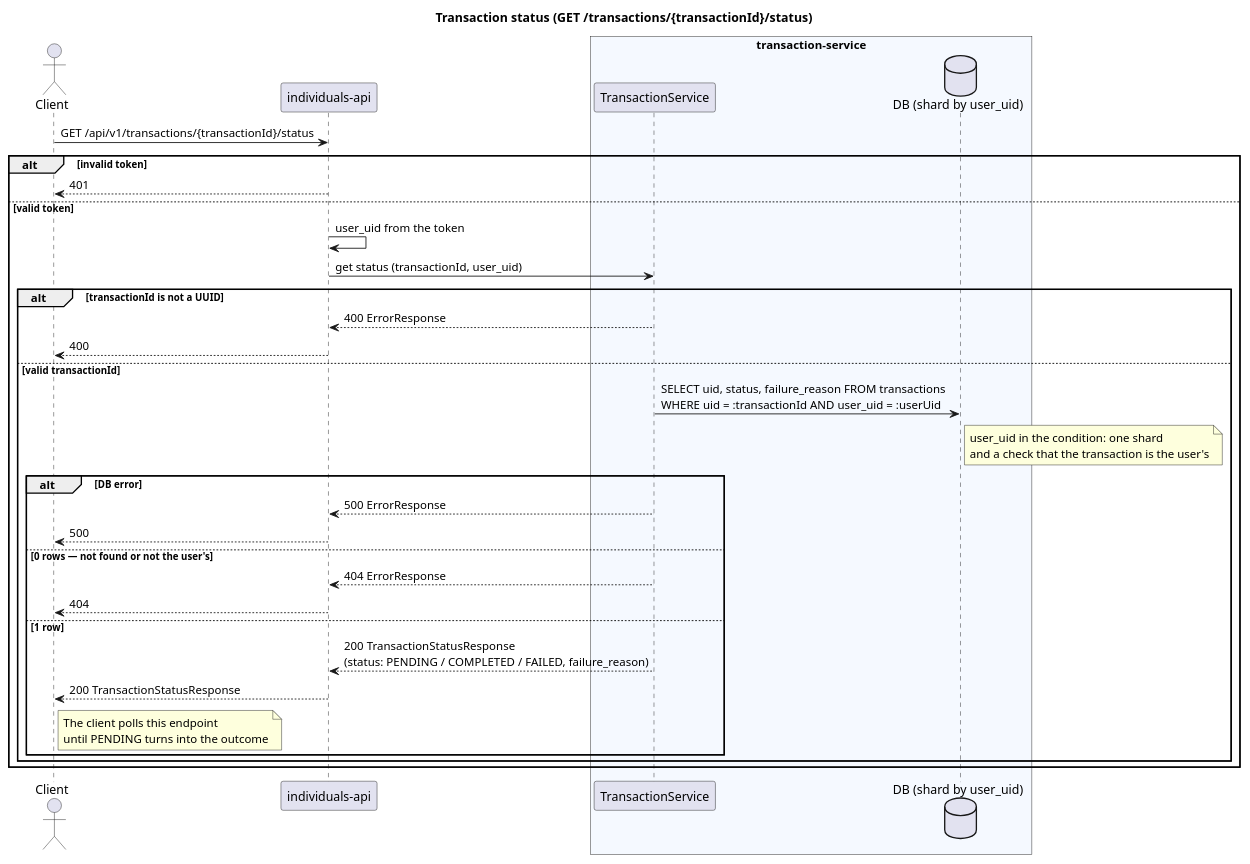
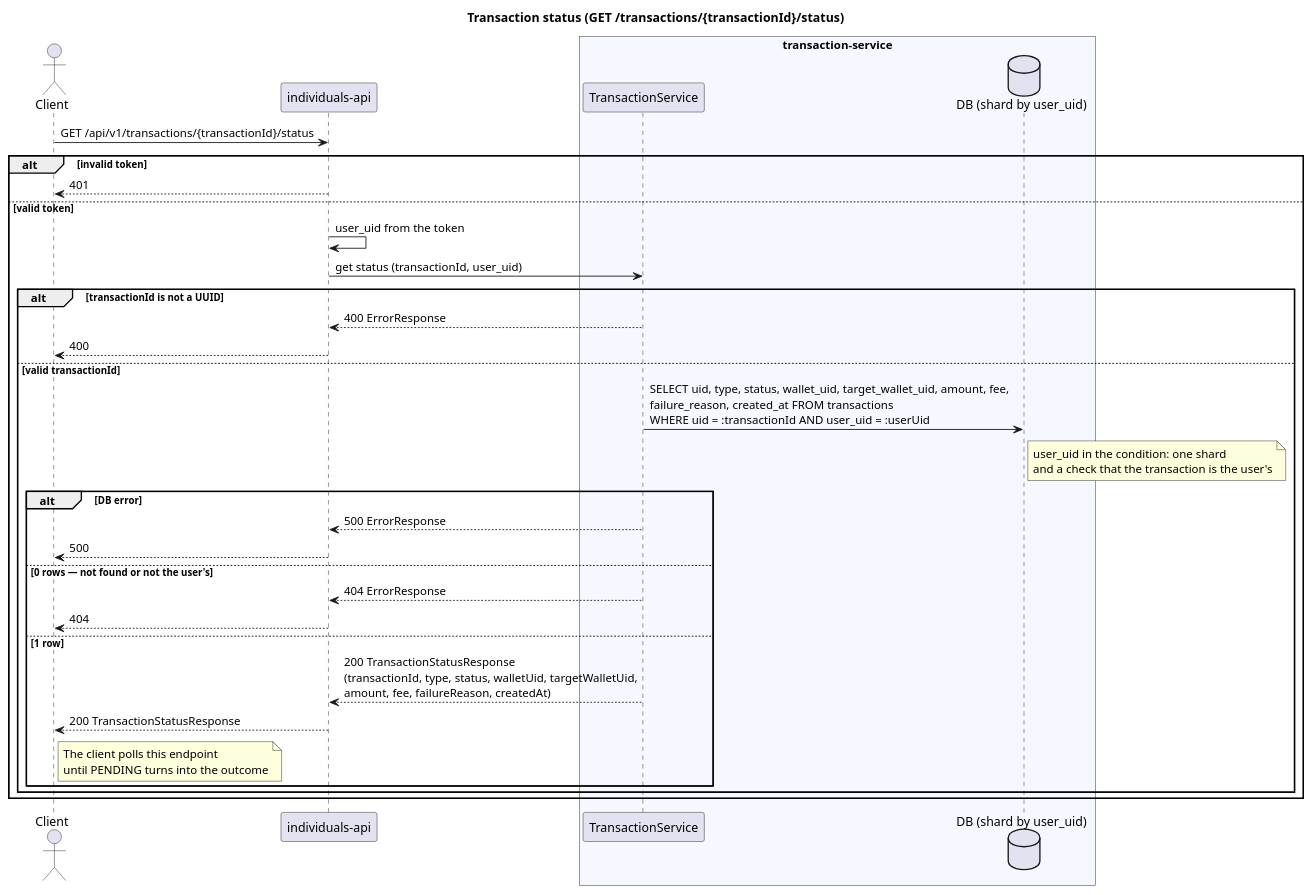
The diagram in transaction-service/diagrams-c4/uml/en/sequence-transaction-status.puml (dezxxx/payment-platform), drawn with PlantUML before and after one commit. The commit also changed 4 other files, not shown here.

```diff
--- a/transaction-service/diagrams-c4/uml/en/sequence-transaction-status.puml
+++ b/transaction-service/diagrams-c4/uml/en/sequence-transaction-status.puml
@@ -1,42 +1,42 @@
 @startuml sequence-transaction-status
 title Transaction status (GET /transactions/{transactionId}/status)
 
 actor "Client" as Client
 participant "individuals-api" as IA
 box "transaction-service" #F5F9FF
     participant "TransactionService" as TS
     database "DB (shard by user_uid)" as DB
 end box
 
 Client -> IA: GET /api/v1/transactions/{transactionId}/status
 alt invalid token
     IA --> Client: 401
 else valid token
     IA -> IA: user_uid from the token
     IA -> TS: get status (transactionId, user_uid)
     alt transactionId is not a UUID
         TS --> IA: 400 ErrorResponse
         IA --> Client: 400
     else valid transactionId
-        TS -> DB: SELECT uid, status, failure_reason FROM transactions\nWHERE uid = :transactionId AND user_uid = :userUid
+        TS -> DB: SELECT uid, type, status, wallet_uid, target_wallet_uid, amount, fee,\nfailure_reason, created_at FROM transactions\nWHERE uid = :transactionId AND user_uid = :userUid
         note right of DB
           user_uid in the condition: one shard
           and a check that the transaction is the user's
         end note
         alt DB error
             TS --> IA: 500 ErrorResponse
             IA --> Client: 500
         else 0 rows — not found or not the user's
             TS --> IA: 404 ErrorResponse
             IA --> Client: 404
         else 1 row
-            TS --> IA: 200 TransactionStatusResponse\n(status: PENDING / COMPLETED / FAILED, failure_reason)
+            TS --> IA: 200 TransactionStatusResponse\n(transactionId, type, status, walletUid, targetWalletUid,\namount, fee, failureReason, createdAt)
             IA --> Client: 200 TransactionStatusResponse
             note right of Client
               The client polls this endpoint
               until PENDING turns into the outcome
             end note
         end
     end
 end
 @enduml
```
